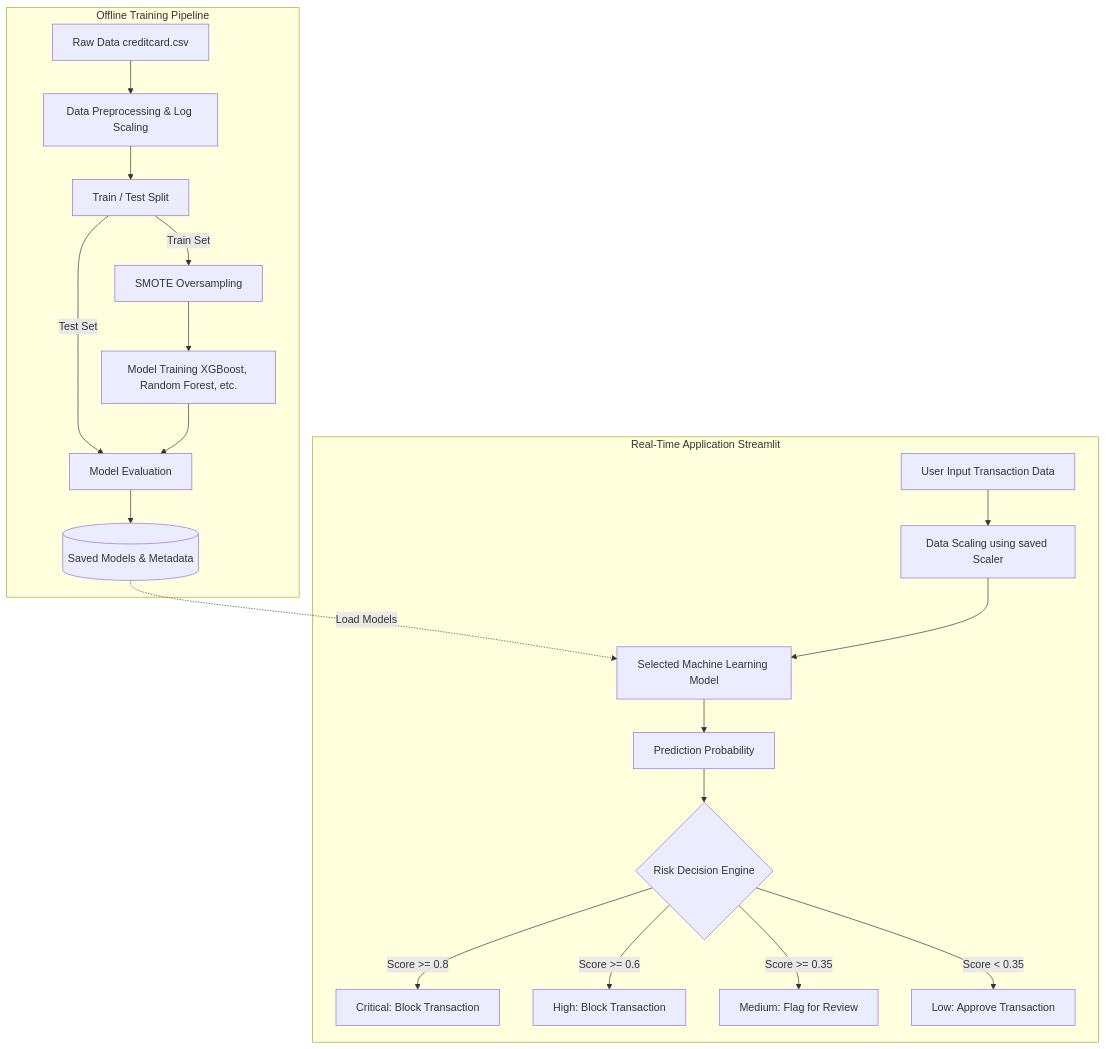
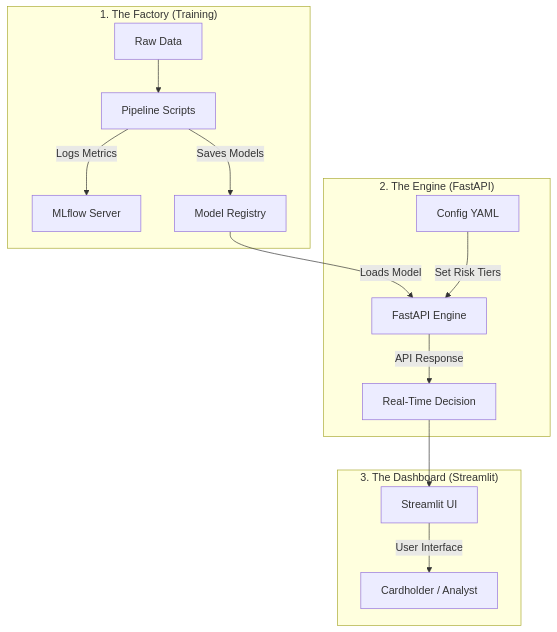
One commit to Divyanshi018572/Credit-card-fraud-Detection changed the diagram in SYSTEM_DESIGN.md. Above: the diagram before and after it, drawn with Mermaid. The commit also changed other lines of this file and 1 other file, not shown here.

````diff
--- a/SYSTEM_DESIGN.md
+++ b/SYSTEM_DESIGN.md
@@ -11,24 +12,19 @@
 ```mermaid
 graph TD
-    subgraph "Offline Training Pipeline"
-        A[Raw Data creditcard.csv] --> B[Data Preprocessing & Log Scaling]
-        B --> C[Train / Test Split]
-        C -->|Train Set| D[SMOTE Oversampling]
-        C -->|Test Set| F[Model Evaluation]
-        D --> E[Model Training XGBoost, Random Forest, etc.]
-        E --> F
-        F --> G[(Saved Models & Metadata)]
+    subgraph "1. The Factory (Training)"
+        A[Raw Data] --> B[Pipeline Scripts]
+        B -->|Logs Metrics| C[MLflow Server]
+        B -->|Saves Models| D[Model Registry]
     end
 
-    subgraph "Real-Time Application Streamlit"
-        H[User Input Transaction Data] --> I[Data Scaling using saved Scaler]
-        G -.->|Load Models| J[Selected Machine Learning Model]
-        I --> J
-        J --> K[Prediction Probability]
-        K --> L{Risk Decision Engine}
-        L -->|Score >= 0.8| M[Critical: Block Transaction]
-        L -->|Score >= 0.6| N[High: Block Transaction]
-        L -->|Score >= 0.35| O[Medium: Flag for Review]
-        L -->|Score < 0.35| P[Low: Approve Transaction]
+    subgraph "2. The Engine (FastAPI)"
+        D -->|Loads Model| E[FastAPI Engine]
+        F[Config YAML] -->|Set Risk Tiers| E
+        E -->|API Response| G[Real-Time Decision]
+    end
+
+    subgraph "3. The Dashboard (Streamlit)"
+        G --> H[Streamlit UI]
+        H -->|User Interface| I[Cardholder / Analyst]
     end
 ```
````
